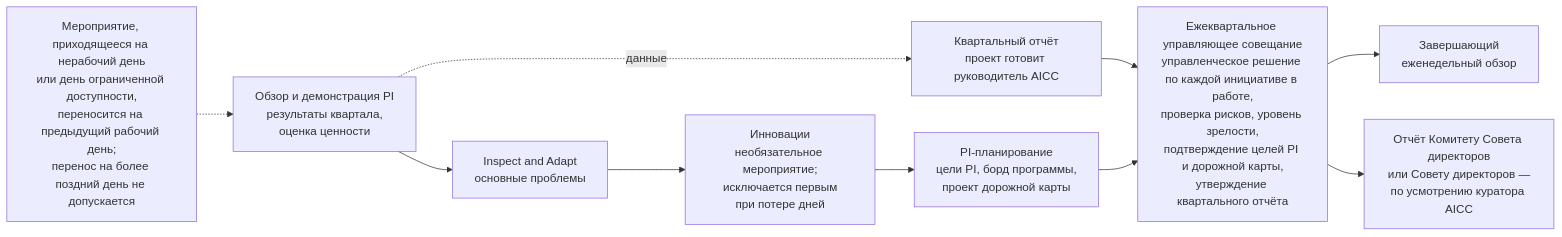
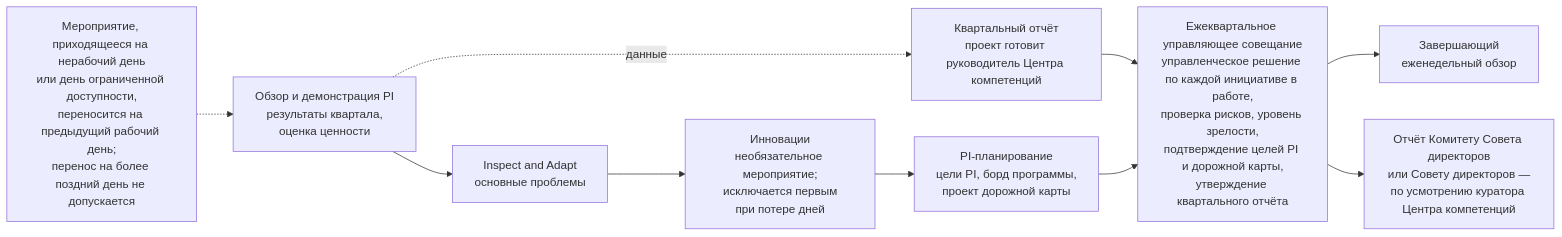
Before and after one commit to devhogu/ob-aicc: the fourth of 4 diagrams in charter/ru/guides/cadence-guide.md, drawn with Mermaid. The commit also changed other lines of this file and 1149 other files, not shown here.

````diff
--- a/charter/ru/guides/cadence-guide.md
+++ b/charter/ru/guides/cadence-guide.md
@@ -111,12 +111,12 @@
 ```mermaid
 flowchart LR
   PR["Обзор и демонстрация PI<br/>результаты квартала,<br/>оценка ценности"] --> IA["Inspect and Adapt<br/>основные проблемы"]
   IA --> IN["Инновации<br/>необязательное мероприятие;<br/>исключается первым<br/>при потере дней"]
   IN --> PP["PI-планирование<br/>цели PI, борд программы,<br/>проект дорожной карты"]
-  PR -.->|"данные"| QR["Квартальный отчёт<br/>проект готовит руководитель AICC"]
+  PR -.->|"данные"| QR["Квартальный отчёт<br/>проект готовит руководитель Центра компетенций"]
   QR --> QS
   PP --> QS["Ежеквартальное управляющее совещание<br/>управленческое решение по каждой инициативе в работе,<br/>проверка рисков, уровень зрелости,<br/>подтверждение целей PI и дорожной карты,<br/>утверждение квартального отчёта"]
   QS --> WR["Завершающий<br/>еженедельный обзор"]
-  QS --> BC["Отчёт Комитету Совета директоров<br/>или Совету директоров —<br/>по усмотрению куратора AICC"]
+  QS --> BC["Отчёт Комитету Совета директоров<br/>или Совету директоров —<br/>по усмотрению куратора Центра компетенций"]
   RULE["Мероприятие, приходящееся на нерабочий день<br/>или день ограниченной доступности,<br/>переносится на предыдущий рабочий день;<br/>перенос на более поздний день не допускается"] -.-> PR
 ```
````
